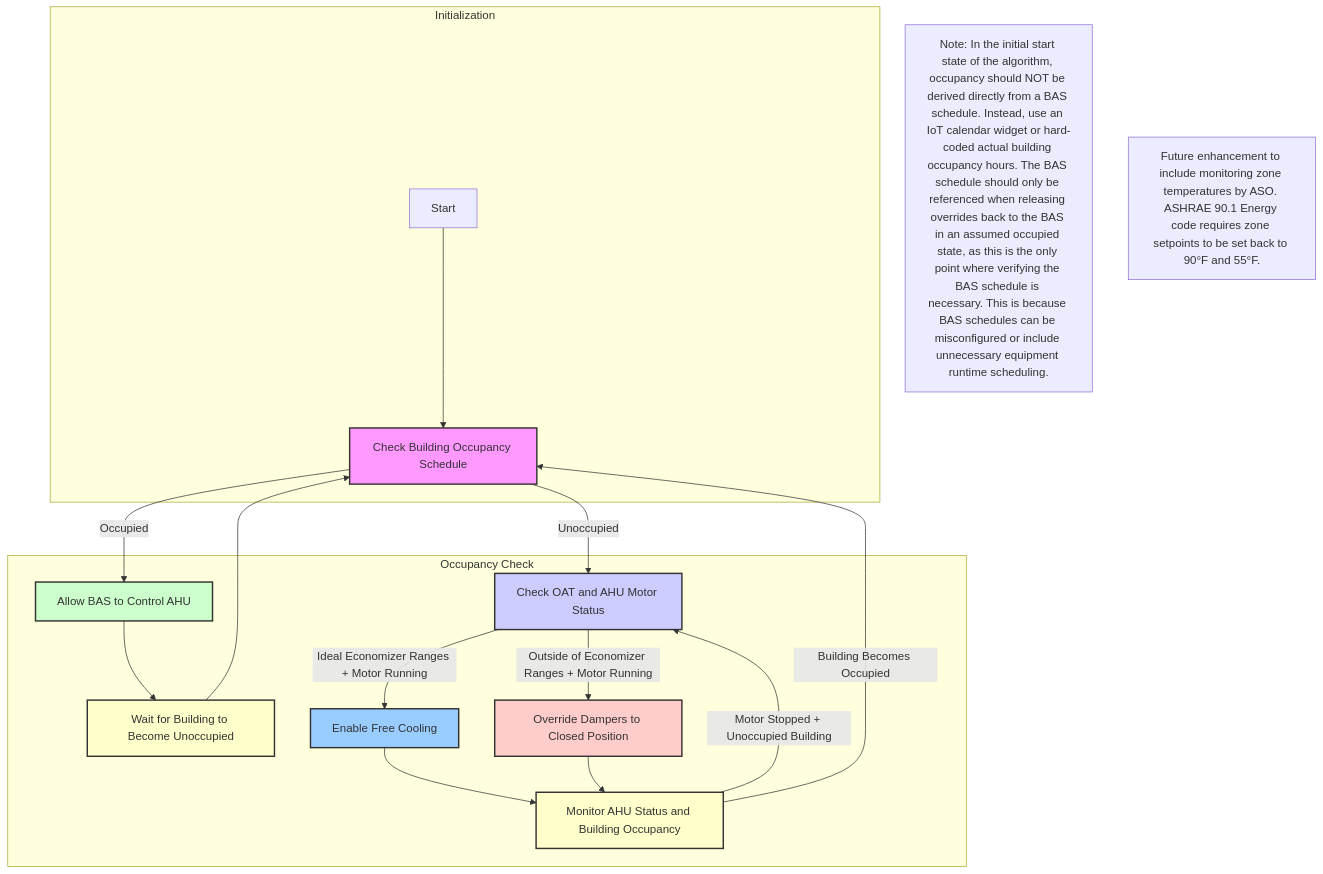
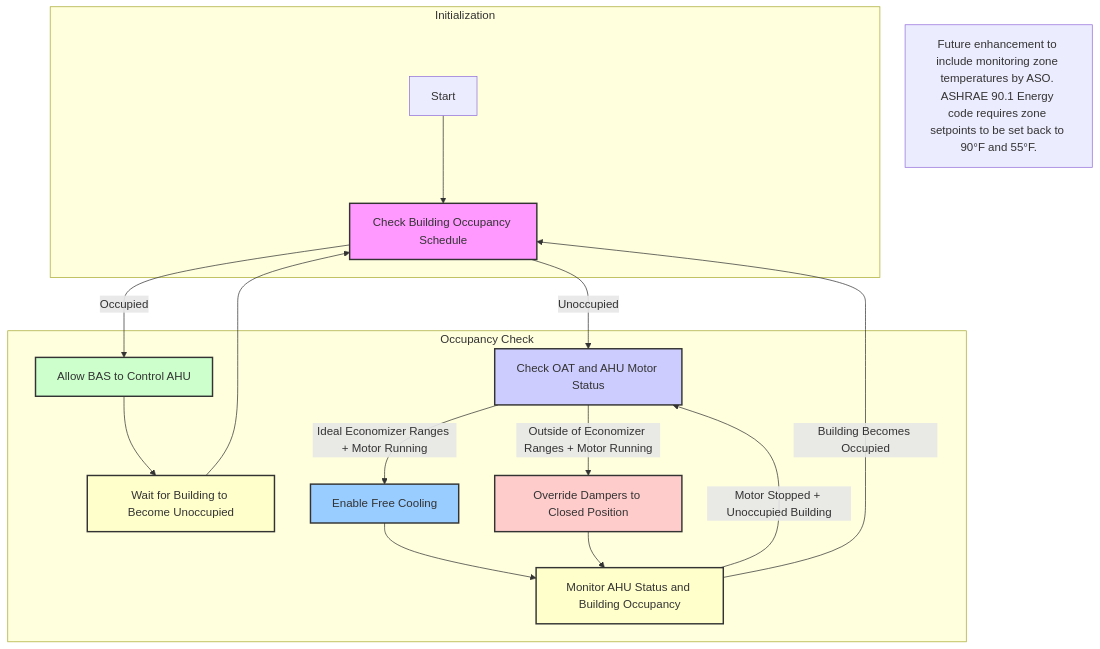
The diagram in AhuNightHeatCyclingInFullRecircMode/README.md (bbartling/OptimalStartStopHvac), drawn with Mermaid before and after one commit. The commit also changed 2 other files, not shown here.

Commit message:
updated mermaids

````diff
--- a/AhuNightHeatCyclingInFullRecircMode/README.md
+++ b/AhuNightHeatCyclingInFullRecircMode/README.md
@@ -19,41 +19,40 @@
 ```mermaid
 graph TD
 
 %% Initialization Process
 subgraph Initialization["Initialization"]
     Start[Start] --> CheckSchedule["Check Building Occupancy Schedule"]
 end
 
 %% Occupancy Check Process
 subgraph OccupancyCheck["Occupancy Check"]
     CheckSchedule -->|Occupied| NormalControl["Allow BAS to Control AHU"]
     NormalControl --> WaitForUnoccupied["Wait for Building to Become Unoccupied"]
     WaitForUnoccupied --> CheckSchedule
 
     CheckSchedule -->|Unoccupied| OutdoorAirAndMotorCheck["Check OAT and AHU Motor Status"]
 
     %% Combined Outdoor Air Temperature and AHU Motor Status Check
     OutdoorAirAndMotorCheck -->|Ideal Economizer Ranges + Motor Running| EnableFreeCooling["Enable Free Cooling"]
     OutdoorAirAndMotorCheck -->|Outside of Economizer Ranges + Motor Running| OverrideDampers["Override Dampers to Closed Position"]
 
     EnableFreeCooling --> MonitorAndWait["Monitor AHU Status and Building Occupancy"]
     OverrideDampers --> MonitorAndWait["Monitor AHU Status and Building Occupancy"]
 
     MonitorAndWait -->|Motor Stopped + Unoccupied Building| OutdoorAirAndMotorCheck
     MonitorAndWait -->|Building Becomes Occupied| CheckSchedule
 end
 
 %% Styles for Highlighting
 style CheckSchedule fill:#f9f,stroke:#333,stroke-width:2px
 style NormalControl fill:#cfc,stroke:#333,stroke-width:2px
 style WaitForUnoccupied fill:#ffc,stroke:#333,stroke-width:2px
 style OutdoorAirAndMotorCheck fill:#ccf,stroke:#333,stroke-width:2px
 style EnableFreeCooling fill:#9cf,stroke:#333,stroke-width:2px
 style OverrideDampers fill:#fcc,stroke:#333,stroke-width:2px
 style MonitorAndWait fill:#ffc,stroke:#333,stroke-width:2px
 
 
 %% Additional Notes for Context
-Note["Note: In the initial start state of the algorithm, occupancy should NOT be derived directly from a BAS schedule. Instead, use an IoT calendar widget or hard-coded actual building occupancy hours. The BAS schedule should only be referenced when releasing overrides back to the BAS in an assumed occupied state, as this is the only point where verifying the BAS schedule is necessary. This is because BAS schedules can be misconfigured or include unnecessary equipment runtime scheduling."]
 FutureEnhancement["Future enhancement to include monitoring zone temperatures by ASO. ASHRAE 90.1 Energy code requires zone setpoints to be set back to 90°F and 55°F."]
 ```
````
